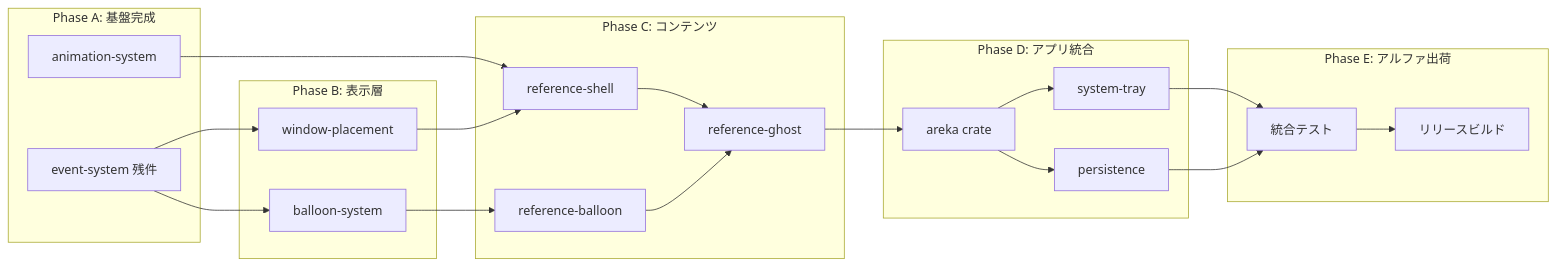
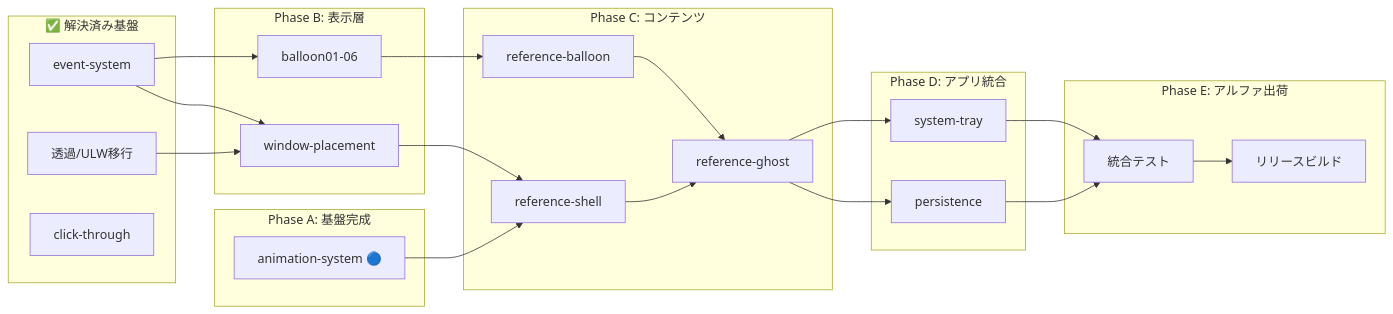
Before and after one commit to ekicyou/areka: the diagram in doc/ROADMAP.md, drawn with Mermaid. The commit also changed other lines of this file and 2 other files, not shown here.

````diff
--- a/doc/ROADMAP.md
+++ b/doc/ROADMAP.md
@@ -99,43 +136,47 @@
 ```mermaid
 graph LR
+    subgraph Done["✅ 解決済み基盤"]
+        EVT[event-system]
+        ULW[透過/ULW移行]
+        CLICK[click-through]
+    end
+
     subgraph PhaseA["Phase A: 基盤完成"]
-        EVT[event-system 残件]
-        ANIM[animation-system]
+        ANIM[animation-system 🔵]
     end
 
     subgraph PhaseB["Phase B: 表示層"]
-        BLN[balloon-system]
+        BLN[balloon01-06]
         WPL[window-placement]
     end
 
     subgraph PhaseC["Phase C: コンテンツ"]
         SHELL[reference-shell]
         BALLOON[reference-balloon]
         GHOST[reference-ghost]
     end
 
     subgraph PhaseD["Phase D: アプリ統合"]
-        AREKA[areka crate]
         TRAY[system-tray]
         PERSIST[persistence]
     end
 
     subgraph PhaseE["Phase E: アルファ出荷"]
         INTEG[統合テスト]
         RELEASE[リリースビルド]
     end
 
     EVT --> BLN
     EVT --> WPL
+    ULW --> WPL
     ANIM --> SHELL
     BLN --> BALLOON
     WPL --> SHELL
     SHELL --> GHOST
     BALLOON --> GHOST
-    GHOST --> AREKA
-    AREKA --> TRAY
-    AREKA --> PERSIST
+    GHOST --> TRAY
+    GHOST --> PERSIST
     TRAY --> INTEG
     PERSIST --> INTEG
     INTEG --> RELEASE
 ```
````
